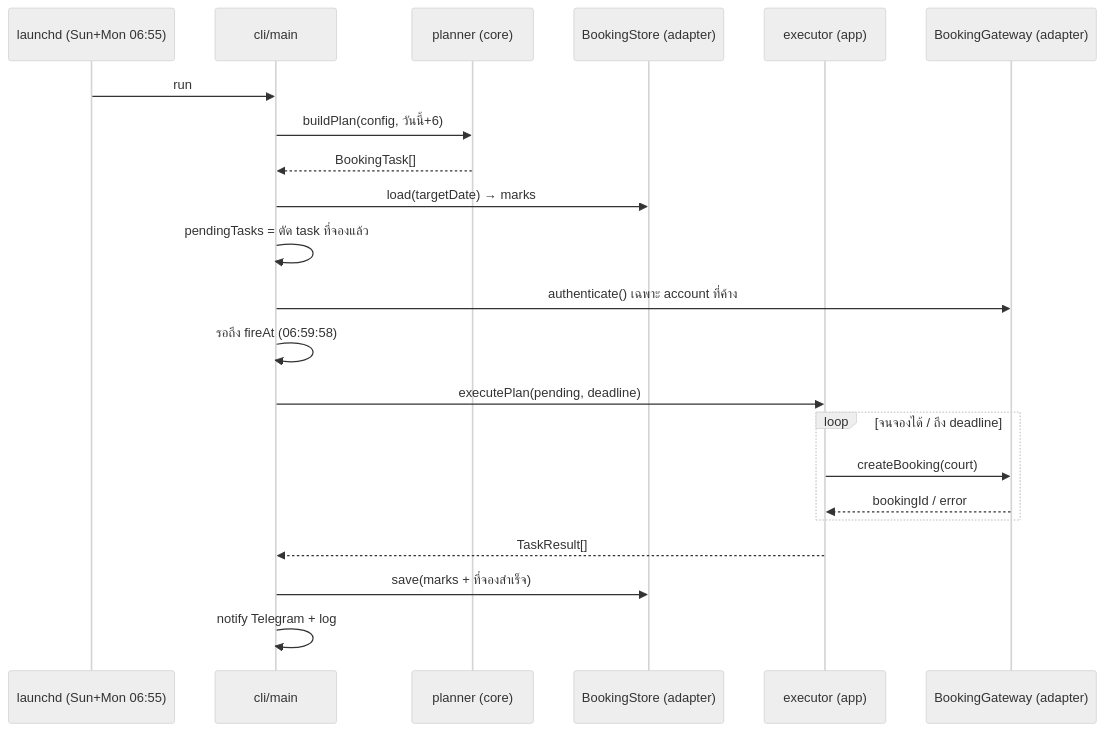
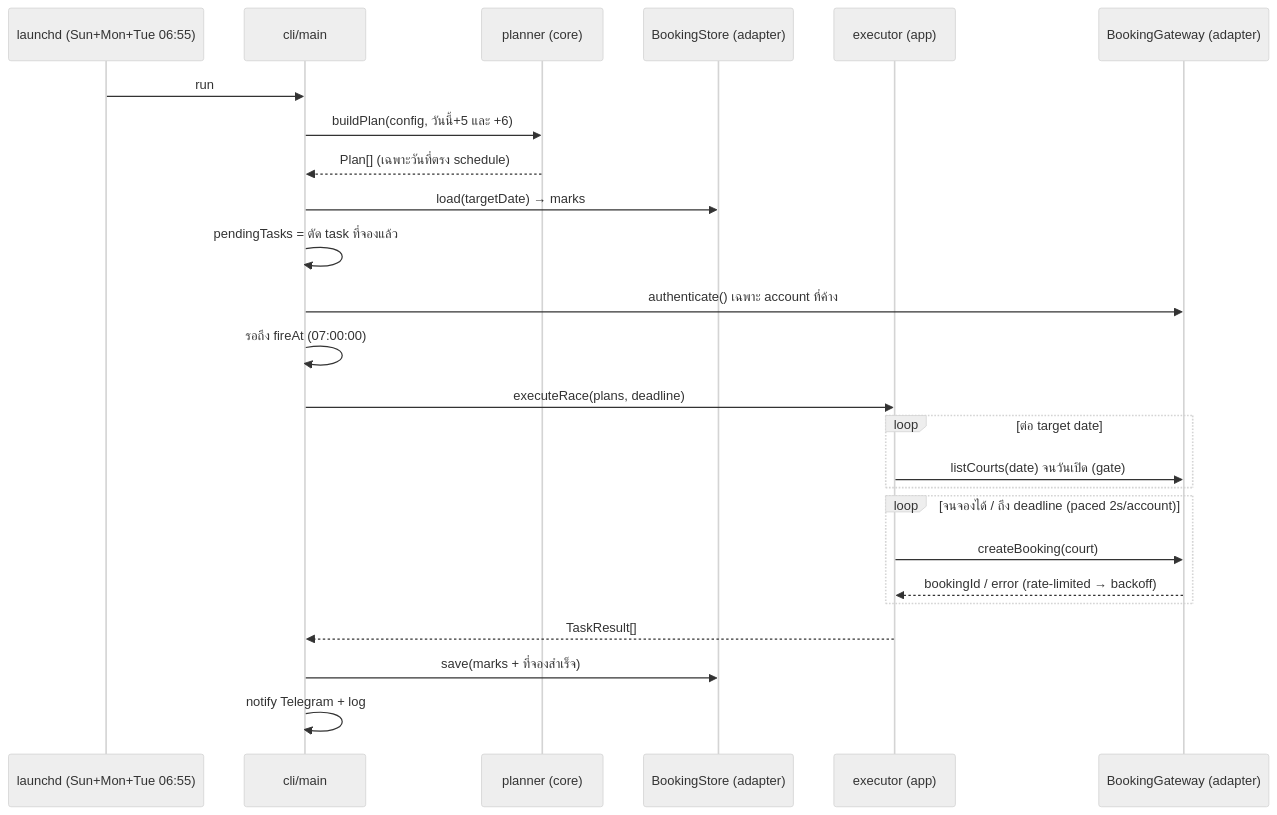
The second of 2 diagrams in README.md (onepiecepuracr-satod07/botbookyoucourt), drawn with Mermaid (neutral theme) before and after one commit. The commit also changed other lines of this file and 14 other files, not shown here.

First line of the commit message:
fix(race): survive anti-bot rate limit and shifted booking window

````diff
--- a/README.md
+++ b/README.md
@@ -86,24 +88,27 @@
 ```mermaid
 sequenceDiagram
-  participant L as launchd (Sun+Mon 06:55)
+  participant L as launchd (Sun+Mon+Tue 06:55)
   participant C as cli/main
   participant P as planner (core)
   participant S as BookingStore (adapter)
   participant E as executor (app)
   participant G as BookingGateway (adapter)
   L->>C: run
-  C->>P: buildPlan(config, วันนี้+6)
-  P-->>C: BookingTask[]
+  C->>P: buildPlan(config, วันนี้+5 และ +6)
+  P-->>C: Plan[] (เฉพาะวันที่ตรง schedule)
   C->>S: load(targetDate) → marks
   C->>C: pendingTasks = ตัด task ที่จองแล้ว
   C->>G: authenticate() เฉพาะ account ที่ค้าง
-  C->>C: รอถึง fireAt (06:59:58)
-  C->>E: executePlan(pending, deadline)
-  loop จนจองได้ / ถึง deadline
+  C->>C: รอถึง fireAt (07:00:00)
+  C->>E: executeRace(plans, deadline)
+  loop ต่อ target date
+    E->>G: listCourts(date) จนวันเปิด (gate)
+  end
+  loop จนจองได้ / ถึง deadline (paced 2s/account)
     E->>G: createBooking(court)
-    G-->>E: bookingId / error
+    G-->>E: bookingId / error (rate-limited → backoff)
   end
   E-->>C: TaskResult[]
   C->>S: save(marks + ที่จองสำเร็จ)
   C->>C: notify Telegram + log
 ```
````
